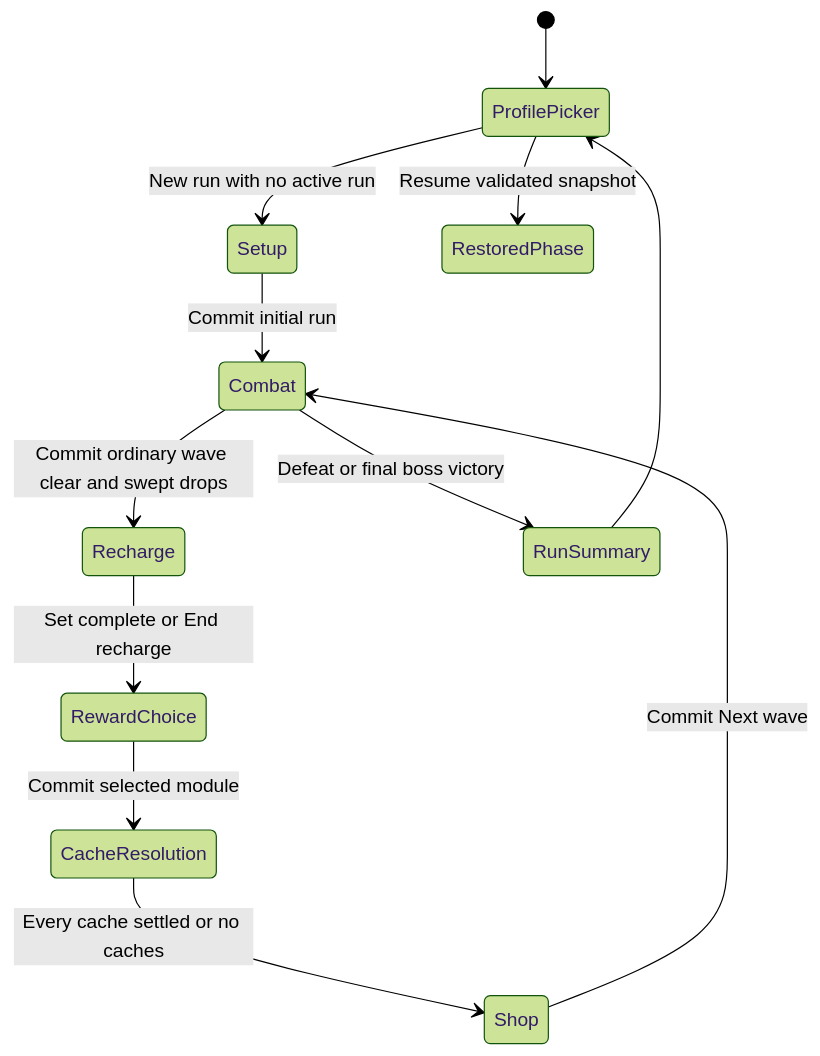
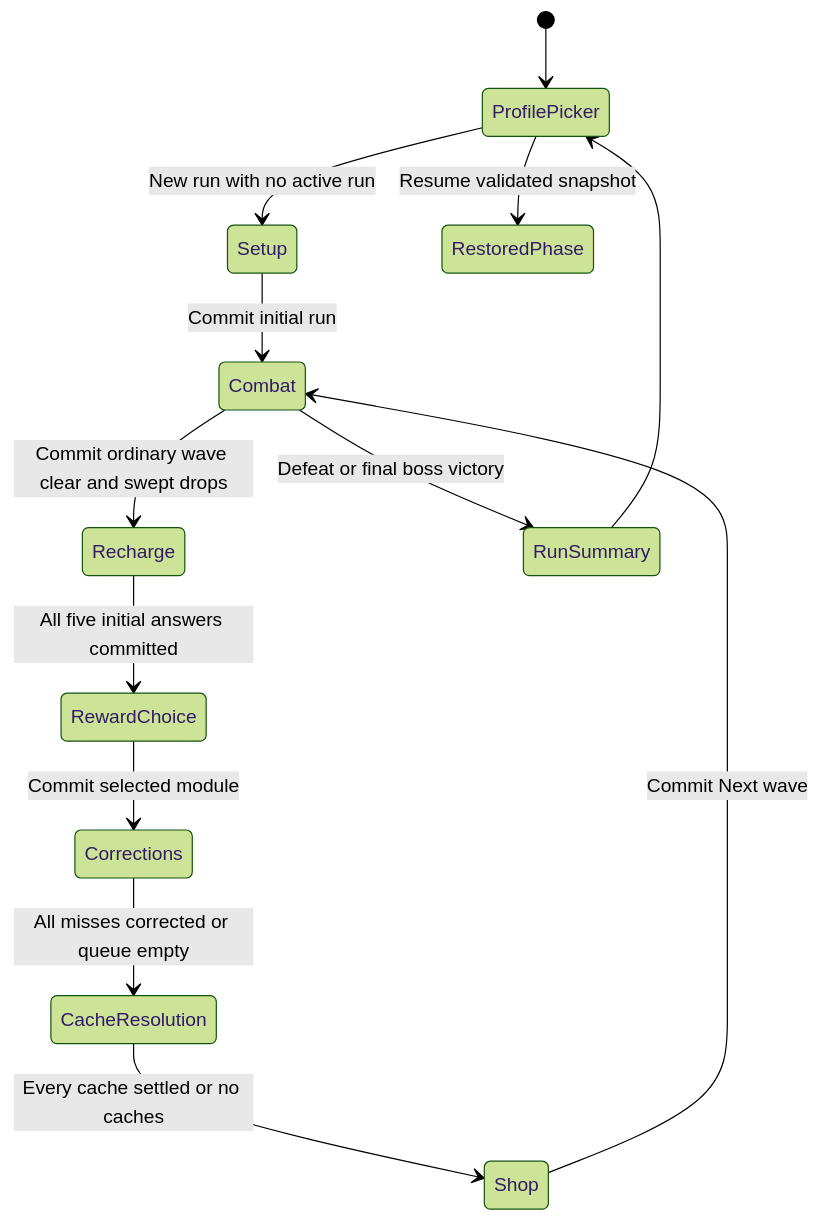
One commit to hyetigran/math_on_mars changed the second of 3 diagrams in docs/ARCHITECTURE.md. Above: the diagram before and after it, drawn with Mermaid (forest theme). The commit also changed other lines of this file and 13 other files, not shown here.

````diff
--- a/docs/ARCHITECTURE.md
+++ b/docs/ARCHITECTURE.md
@@ -103,14 +103,15 @@
 ```mermaid
 stateDiagram-v2
     [*] --> ProfilePicker
     ProfilePicker --> Setup: New run with no active run
     Setup --> Combat: Commit initial run
     ProfilePicker --> RestoredPhase: Resume validated snapshot
     Combat --> Recharge: Commit ordinary wave clear and swept drops
-    Recharge --> RewardChoice: Set complete or End recharge
-    RewardChoice --> CacheResolution: Commit selected module
+    Recharge --> RewardChoice: All five initial answers committed
+    RewardChoice --> Corrections: Commit selected module
+    Corrections --> CacheResolution: All misses corrected or queue empty
     CacheResolution --> Shop: Every cache settled or no caches
     Shop --> Combat: Commit Next wave
     Combat --> RunSummary: Defeat or final boss victory
     RunSummary --> ProfilePicker
 ```
````
